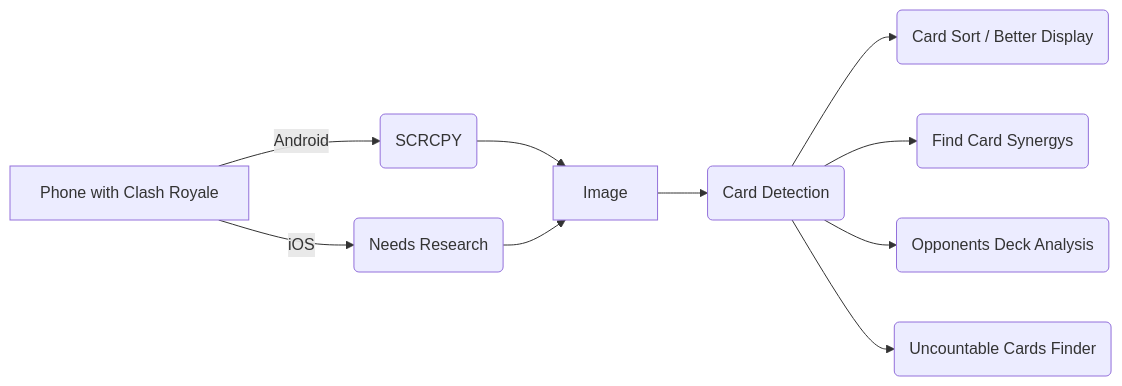
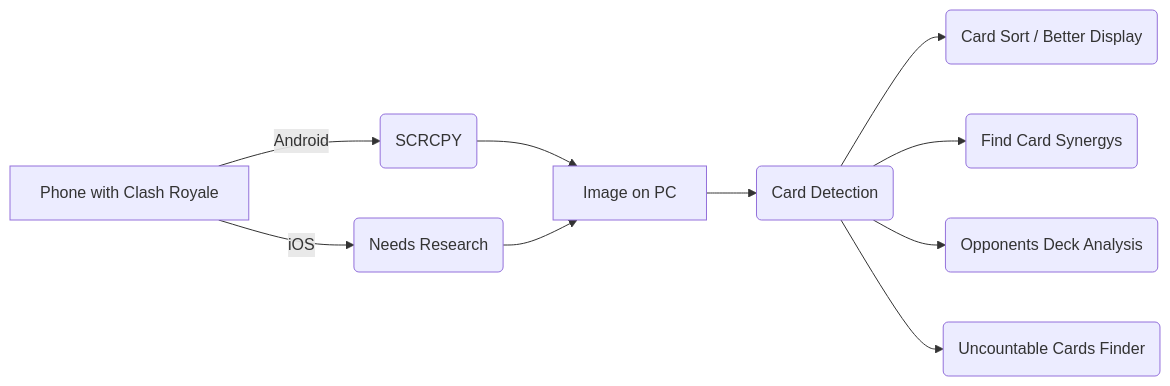
The diagram in README.md (soerenho/medrasto), drawn with Mermaid before and after one commit.

````diff
--- a/README.md
+++ b/README.md
@@ -4,12 +4,12 @@
 ```mermaid
 graph LR
 A[Phone with Clash Royale] --Android--> B(SCRCPY)
 A --iOS--> C(Needs Research)
-B --> D[Image]
+B --> D[Image on PC]
 C --> D
 D --> E(Card Detection)
 E --> F(Card Sort / Better Display)
 E --> G(Find Card Synergys)
 E --> H(Opponents Deck Analysis)
 E --> I(Uncountable Cards Finder)
 ```
````
